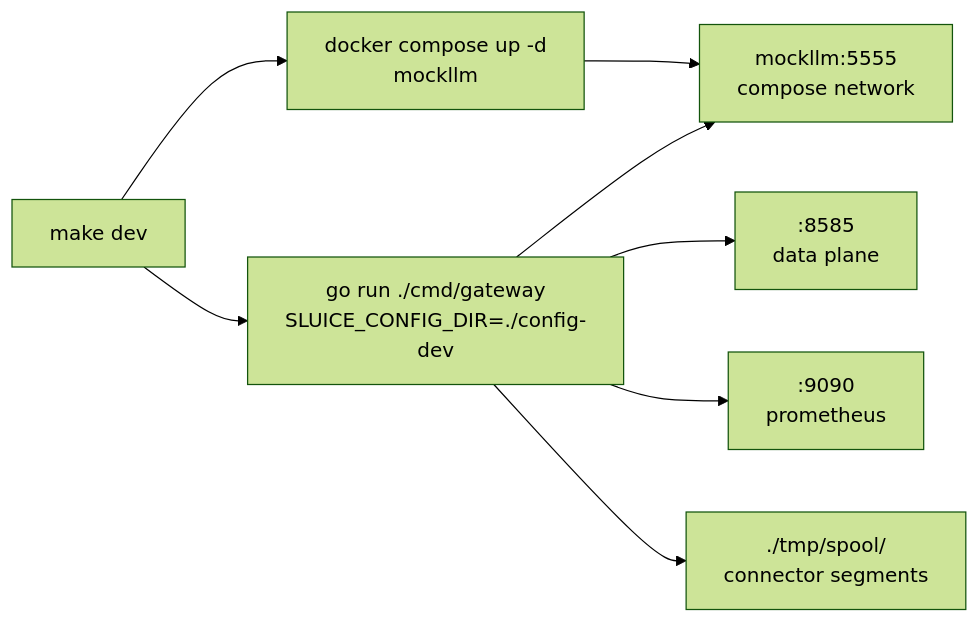
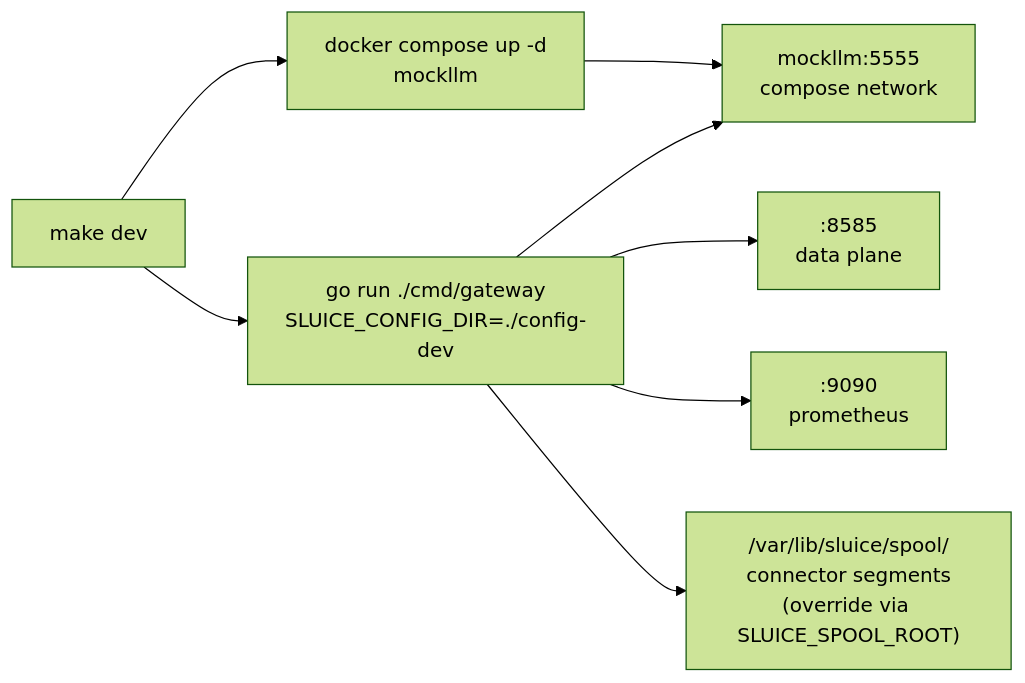
The first of 3 diagrams in docs/local-development.md (andyjmorgan/slipspace-gateway), drawn with Mermaid (forest theme) before and after one commit. The commit also changed other lines of this file and 27 other files, not shown here.

````diff
--- a/docs/local-development.md
+++ b/docs/local-development.md
@@ -47,10 +47,10 @@
 ```mermaid
 flowchart LR
     Dev[make dev] --> Compose[docker compose up -d<br/>mockllm]
     Dev --> GoRun[go run ./cmd/gateway<br/>SLUICE_CONFIG_DIR=./config-dev]
     Compose --> Mock[mockllm:5555<br/>compose network]
     GoRun --> Data[":8585<br/>data plane"]
     GoRun --> Prom[":9090<br/>prometheus"]
     GoRun --> Mock
-    GoRun --> Spool[./tmp/spool/<br/>connector segments]
+    GoRun --> Spool["/var/lib/sluice/spool/<br/>connector segments<br/>(override via SLUICE_SPOOL_ROOT)"]
 ```
````
